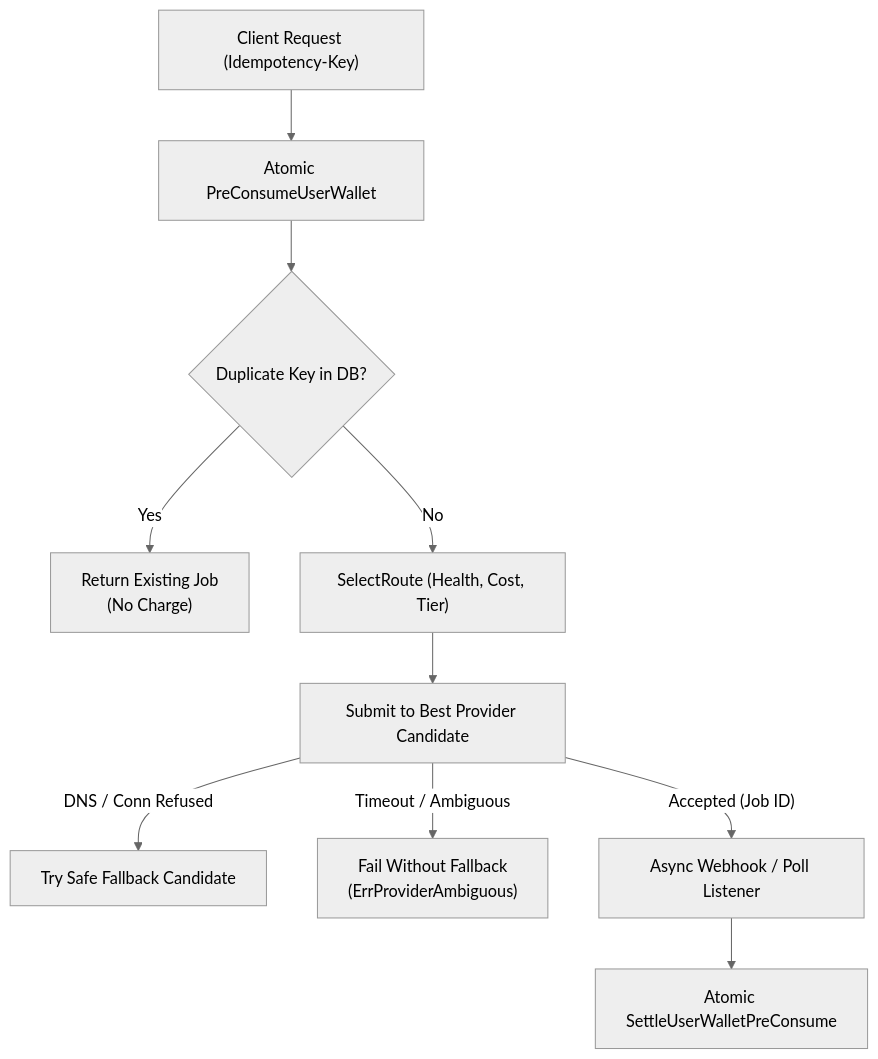
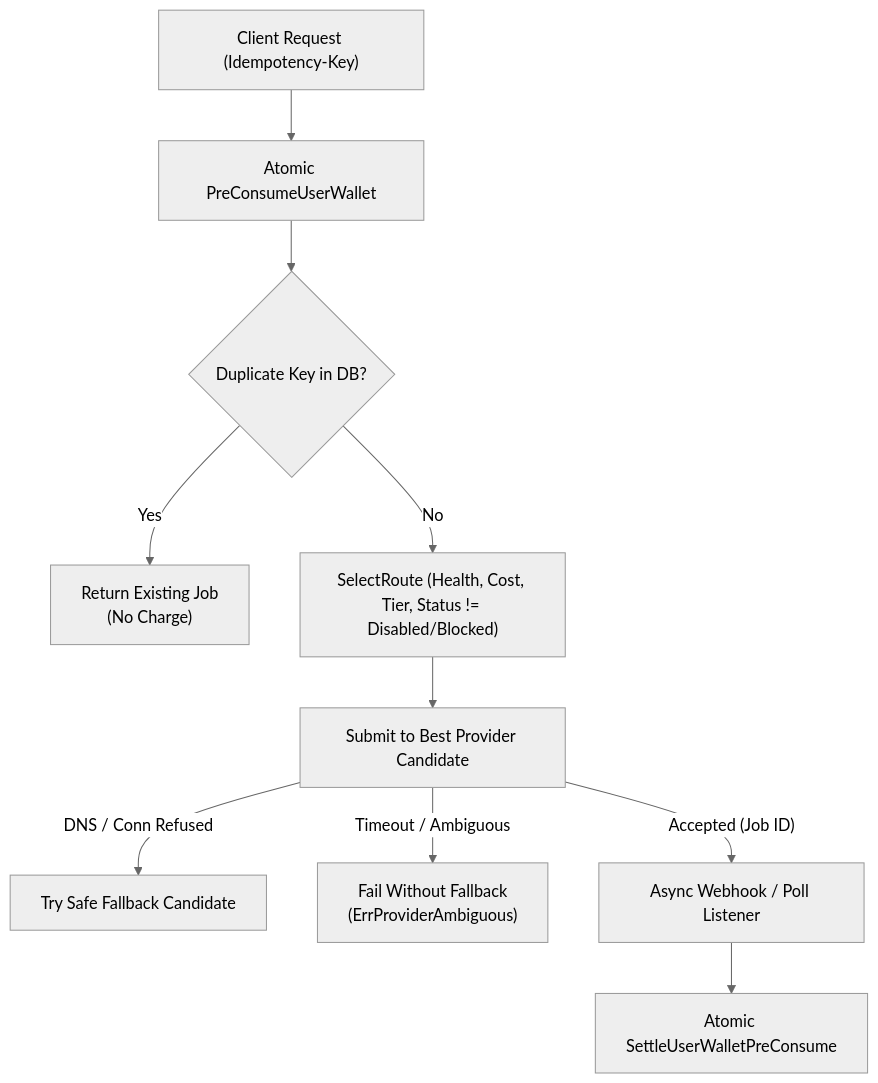
One commit to createrwebs/new-api changed the diagram in docs/ai/TORA_STUDIO_PROVIDER_MATRIX.md. Above: the diagram before and after it, drawn with Mermaid (neutral theme). The commit also changed other lines of this file and 13 other files, not shown here.

````diff
--- a/docs/ai/TORA_STUDIO_PROVIDER_MATRIX.md
+++ b/docs/ai/TORA_STUDIO_PROVIDER_MATRIX.md
@@ -86,12 +105,12 @@
 ```mermaid
 flowchart TD
     Client["Client Request (Idempotency-Key)"] --> QuotaCheck["Atomic PreConsumeUserWallet"]
     QuotaCheck --> CheckDB{"Duplicate Key in DB?"}
     CheckDB -- Yes --> ReturnExisting["Return Existing Job<br/>(No Charge)"]
-    CheckDB -- No --> RouteSelect["SelectRoute (Health, Cost, Tier)"]
+    CheckDB -- No --> RouteSelect["SelectRoute (Health, Cost, Tier, Status != Disabled/Blocked)"]
     RouteSelect --> SubmitCandidate["Submit to Best Provider Candidate"]
     SubmitCandidate -- DNS / Conn Refused --> TryNextCandidate["Try Safe Fallback Candidate"]
     SubmitCandidate -- Timeout / Ambiguous --> FailNoFallback["Fail Without Fallback<br/>(ErrProviderAmbiguous)"]
     SubmitCandidate -- Accepted (Job ID) --> WaitWebhookPoll["Async Webhook / Poll Listener"]
     WaitWebhookPoll --> SettleWallet["Atomic SettleUserWalletPreConsume"]
 ```
````
